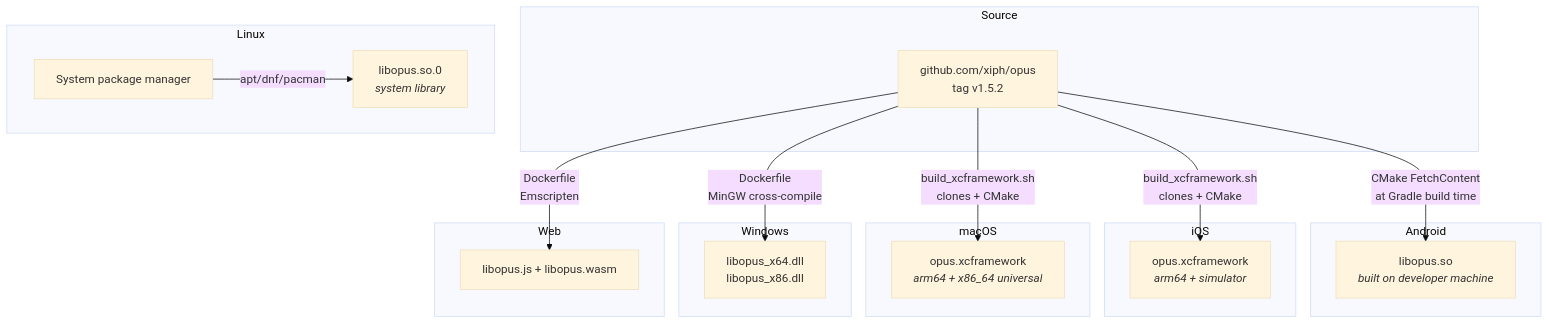
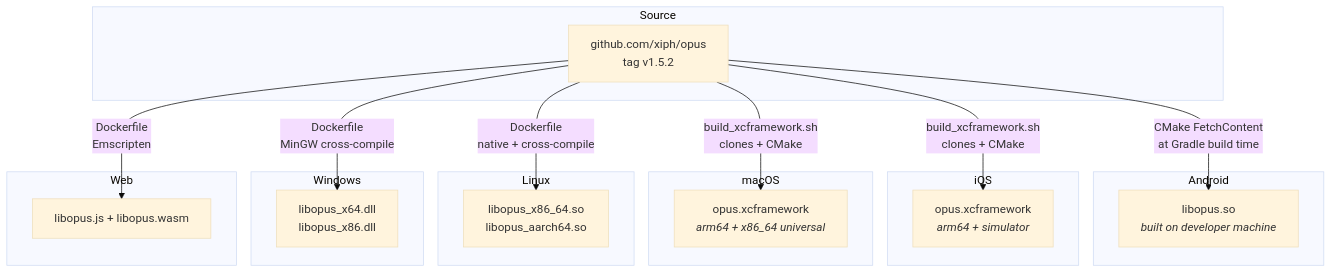
Before and after one commit to Corkscrews/opus_flutter: the third of 4 diagrams in docs/architecture.md, drawn with Mermaid (base theme). The commit also changed other lines of this file and 10 other files, not shown here.

````diff
--- a/docs/architecture.md
+++ b/docs/architecture.md
@@ -213,30 +223,30 @@
 ```mermaid
 flowchart TB
     subgraph Source
         GH[github.com/xiph/opus<br>tag v1.5.2]
     end
 
     subgraph Android
         GH -->|CMake FetchContent<br>at Gradle build time| AS[libopus.so<br><i>built on developer machine</i>]
     end
 
     subgraph iOS
         GH -->|build_xcframework.sh<br>clones + CMake| IF[opus.xcframework<br><i>arm64 + simulator</i>]
     end
 
     subgraph macOS
         GH -->|build_xcframework.sh<br>clones + CMake| MF[opus.xcframework<br><i>arm64 + x86_64 universal</i>]
     end
 
     subgraph Linux
-        SYS[System package manager] -->|apt/dnf/pacman| LF[libopus.so.0<br><i>system library</i>]
+        GH -->|Dockerfile<br>native + cross-compile| LF[libopus_x86_64.so<br>libopus_aarch64.so]
     end
 
     subgraph Windows
         GH -->|Dockerfile<br>MinGW cross-compile| WF[libopus_x64.dll<br>libopus_x86.dll]
     end
 
     subgraph Web
         GH -->|Dockerfile<br>Emscripten| EF[libopus.js + libopus.wasm]
     end
 ```
````
